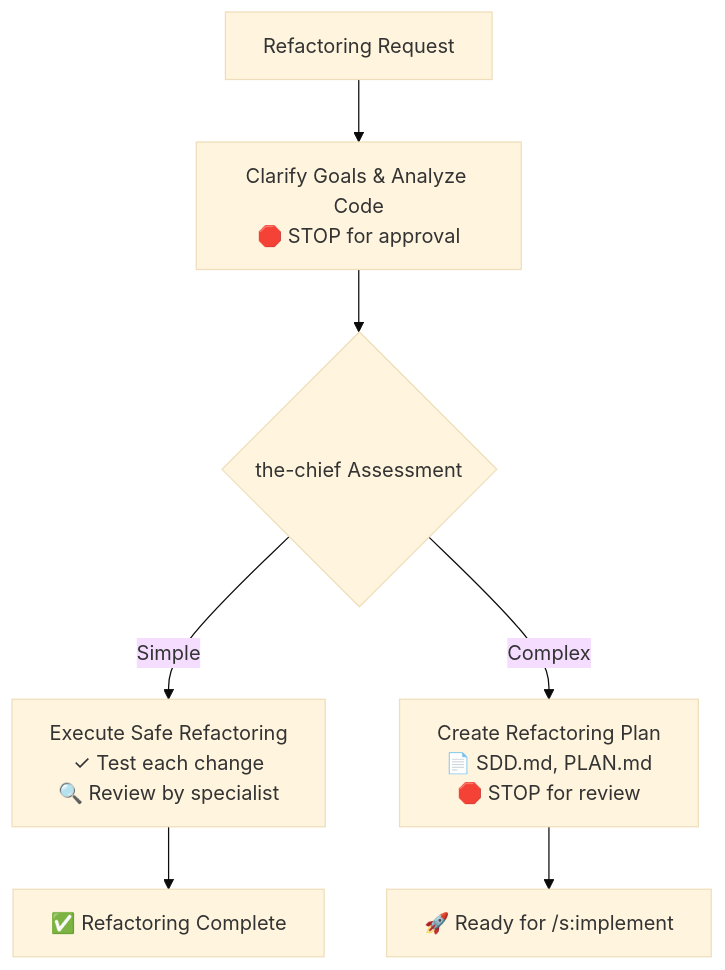
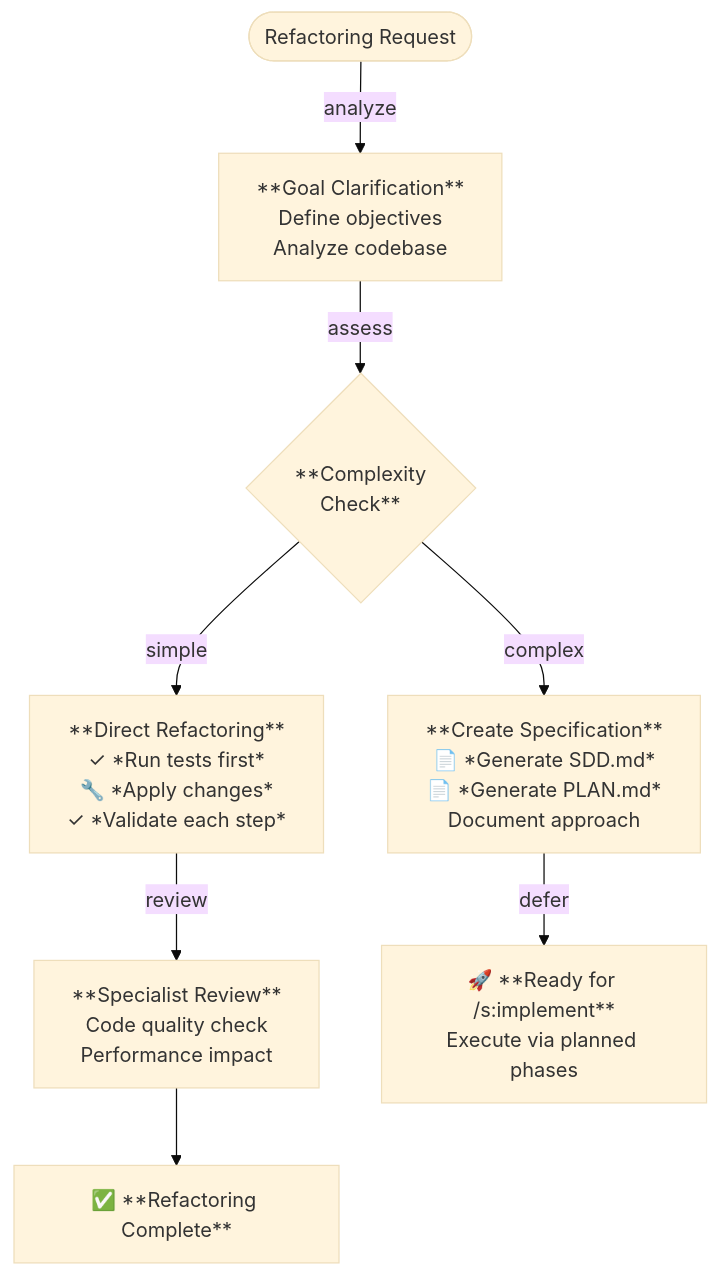
One commit to rsmdt/the-startup changed the third of 3 diagrams in README.md. Above: the diagram before and after it, drawn with Mermaid (base theme). The commit also changed other lines of this file, not shown here.

````diff
--- a/README.md
+++ b/README.md
@@ -264,10 +280,12 @@
 ```mermaid
 flowchart TD
-    A[Refactoring Request] --> B[Clarify Goals & Analyze Code<br/>🛑 STOP for approval]
-    B --> C{the-chief Assessment}
-    C -->|Simple| D[Execute Safe Refactoring<br/>✓ Test each change<br/>🔍 Review by specialist]
-    C -->|Complex| E[Create Refactoring Plan<br/>📄 SDD.md, PLAN.md<br/>🛑 STOP for review]
+    A([Refactoring Request]) --> |analyze| B[**Goal Clarification**<br/>Define objectives<br/>Analyze codebase]
+    B --> |assess| C{**Complexity<br>Check**}
     
-    D --> F[✅ Refactoring Complete]
-    E --> G[🚀 Ready for /s:implement]
+    C --> |simple| D[**Direct Refactoring**<br/>✓ *Run tests first*<br/>🔧 *Apply changes*<br/>✓ *Validate each step*]
+    D --> |review| E[**Specialist Review**<br/>Code quality check<br/>Performance impact]
+    E --> DONE[✅ **Refactoring Complete**]
+    
+    C --> |complex| F[**Create Specification**<br/>📄 *Generate SDD.md*<br/>📄 *Generate PLAN.md*<br/>Document approach]
+    F --> |defer| G[🚀 **Ready for /s:implement**<br/>Execute via planned phases]
 ```
````
